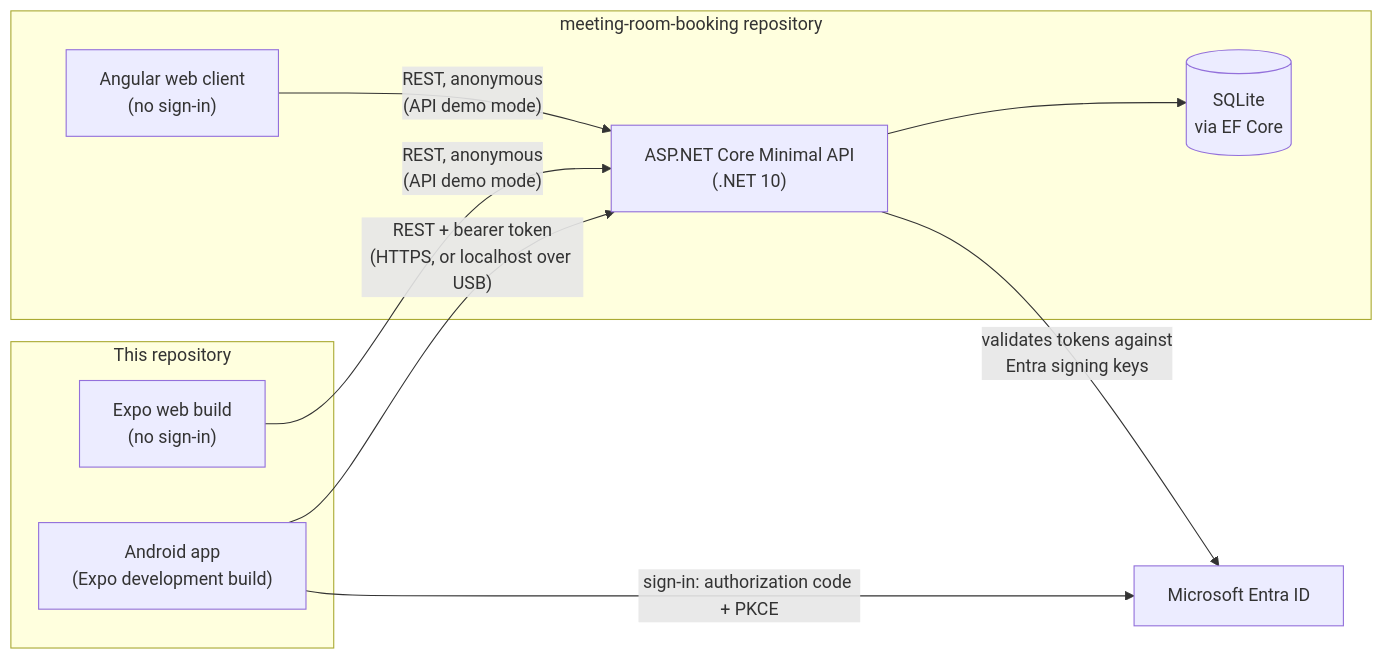
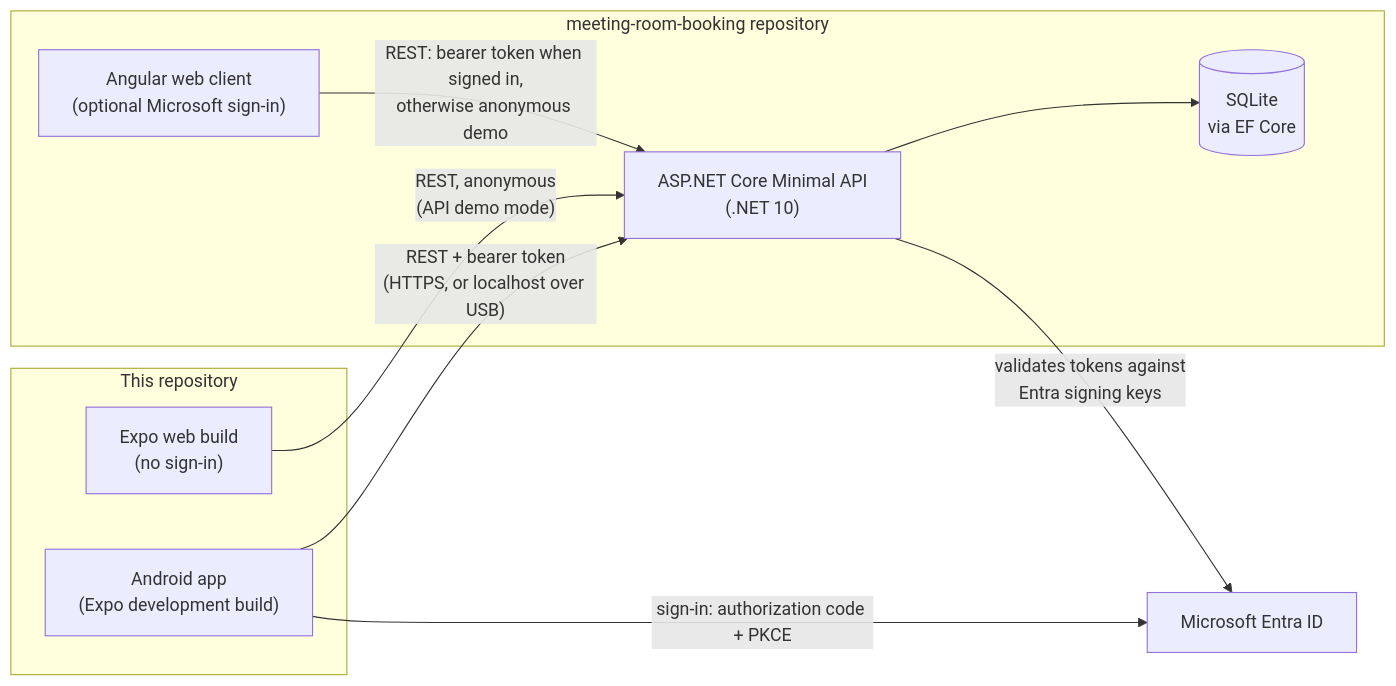
The diagram in README.md (kris7011/room-booking-mobile), drawn with Mermaid before and after one commit. The commit also changed other lines of this file and 7 other files, not shown here.

````diff
--- a/README.md
+++ b/README.md
@@ -78,20 +93,20 @@
 ```mermaid
 flowchart LR
     subgraph mobile["This repository"]
         android["Android app<br/>(Expo development build)"]
         web["Expo web build<br/>(no sign-in)"]
     end
     subgraph server["meeting-room-booking repository"]
-        angular["Angular web client<br/>(no sign-in)"]
+        angular["Angular web client<br/>(optional Microsoft sign-in)"]
         api["ASP.NET Core Minimal API<br/>(.NET 10)"]
         db[("SQLite<br/>via EF Core")]
     end
     entra["Microsoft Entra ID"]
 
     android -- "sign-in: authorization code + PKCE" --> entra
     android -- "REST + bearer token<br/>(HTTPS, or localhost over USB)" --> api
     web -- "REST, anonymous<br/>(API demo mode)" --> api
-    angular -- "REST, anonymous<br/>(API demo mode)" --> api
+    angular -- "REST: bearer token when signed in,<br/>otherwise anonymous demo" --> api
     api -- "validates tokens against<br/>Entra signing keys" --> entra
     api --> db
 ```
````
